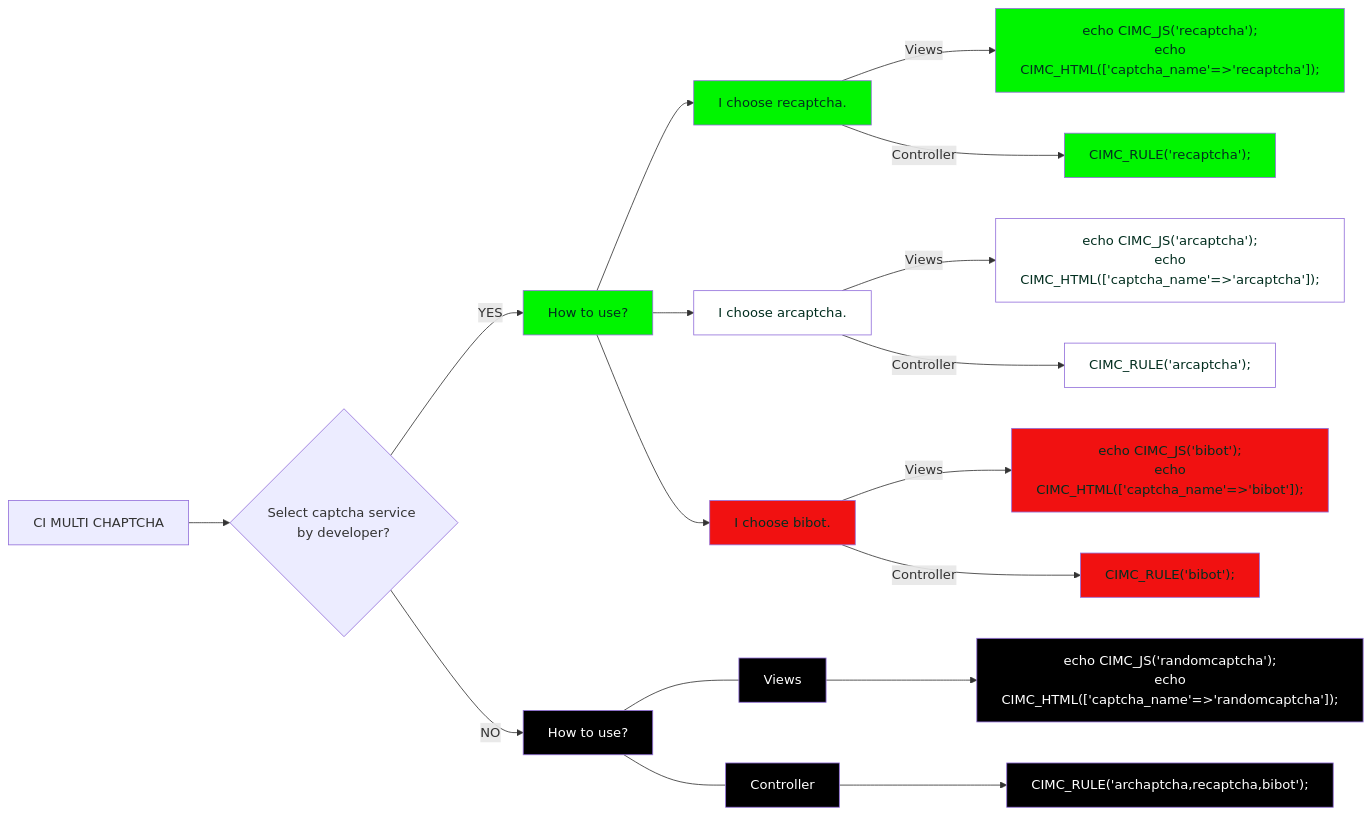
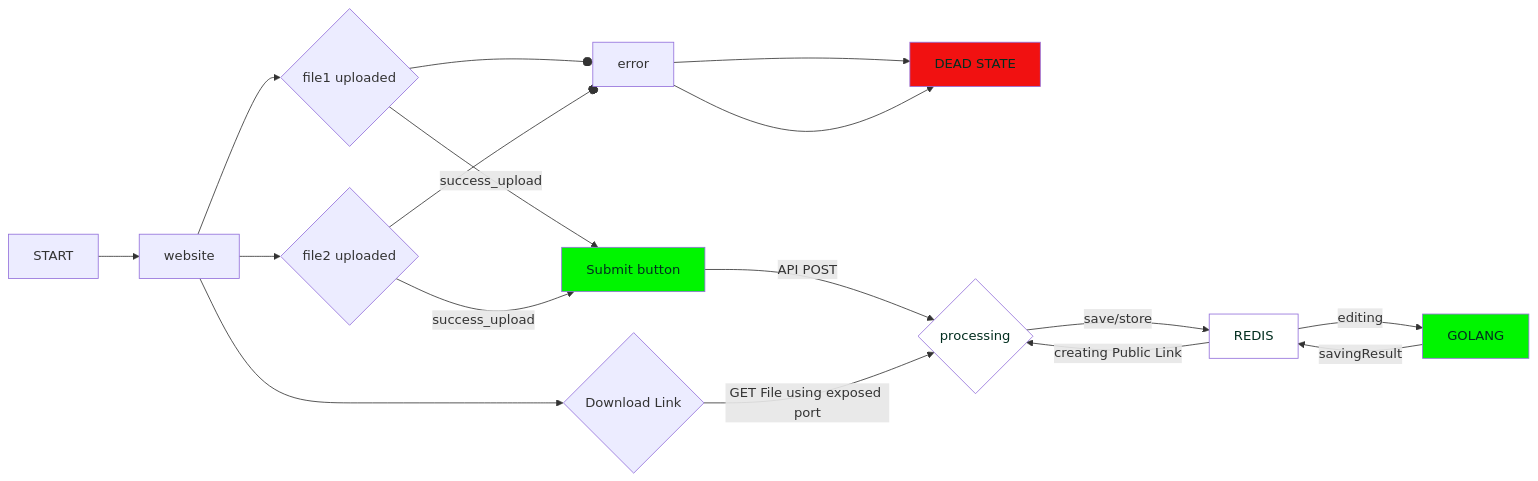
The diagram in README.md (dipankardas011/PDF-Editor), drawn with Mermaid before and after one commit. The commit also changed other lines of this file, not shown here.

Commit message:
Added mermaid graphs in readme.md

````diff
--- a/README.md
+++ b/README.md
@@ -40,25 +27,25 @@
 ```mermaid
-  flowchart LR;
-      A[CI MULTI CHAPTCHA]-->B{Select captcha service by developer?};
-      classDef green color:#022e1f,fill:#00f500;
-      classDef red color:#022e1f,fill:#f11111;
-      classDef white color:#022e1f,fill:#fff;
-      classDef black color:#fff,fill:#000;
-      B--YES-->C[How to use?]:::green;
-      
-      C-->U[I choose recaptcha.]:::green;
-      U--Views-->Q["echo CIMC_JS('recaptcha');\n echo CIMC_HTML(['captcha_name'=>'recaptcha']);"]:::green;
-      U--Controller-->W["CIMC_RULE('recaptcha');"]:::green;
-      
-      C-->I[I choose arcaptcha.]:::white;
-      I--Views-->O["echo CIMC_JS('arcaptcha');\n echo CIMC_HTML(['captcha_name'=>'arcaptcha']);"]:::white;
-      I--Controller-->P["CIMC_RULE('arcaptcha');"]:::white;
-      
-      C-->X[I choose bibot.]:::red;
-      X--Views-->V["echo CIMC_JS('bibot');\n echo CIMC_HTML(['captcha_name'=>'bibot']);"]:::red;
-      X--Controller-->N["CIMC_RULE('bibot');"]:::red;
-      
-      B--NO-->D[How to use?]:::black;
-      D---Views:::black-->F["echo CIMC_JS('randomcaptcha');\n echo CIMC_HTML(['captcha_name'=>'randomcaptcha']);"]:::black; 
-      D---Controller:::black-->T["CIMC_RULE('archaptcha,recaptcha,bibot');"]:::black;
+flowchart LR;
+    XX[START]-->web[website];
+    web[website]-->B{file1 uploaded};
+    web[website]-->C{file2 uploaded};
+    web[website]-->DD{Download Link};
+
+    classDef green color:#022e1f,fill:#00f500;
+    classDef red color:#022e1f,fill:#f11111;
+    classDef white color:#022e1f,fill:#fff;
+    classDef black color:#fff,fill:#000;
+
+    B--success_upload-->S[Submit button]:::green;
+    B--oerror-->E[Submit button]:::red;
+    C--success_upload-->S[Submit button]:::green;
+    C--oerror-->E[DEAD STATE]:::red;
+
+    S--API POST-->backend{processing};
+    backend--save/store-->DBA[REDIS]:::white;
+    DBA--editing-->src[GOLANG]:::green;
+    src--savingResult-->DBA;
+
+    DBA--creating Public Link-->backend;
+    DD--GET File using exposed port-->backend:::white;
 ```
````
